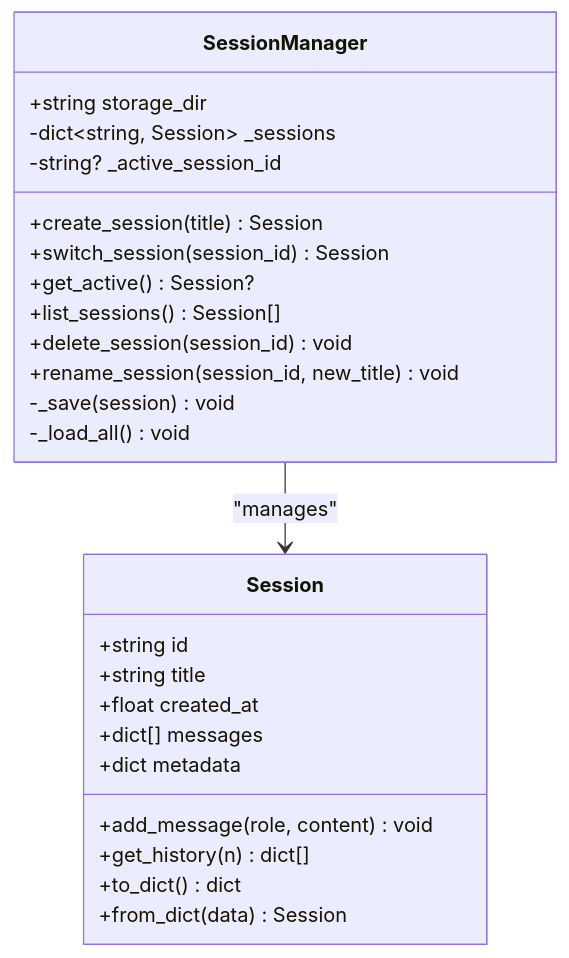
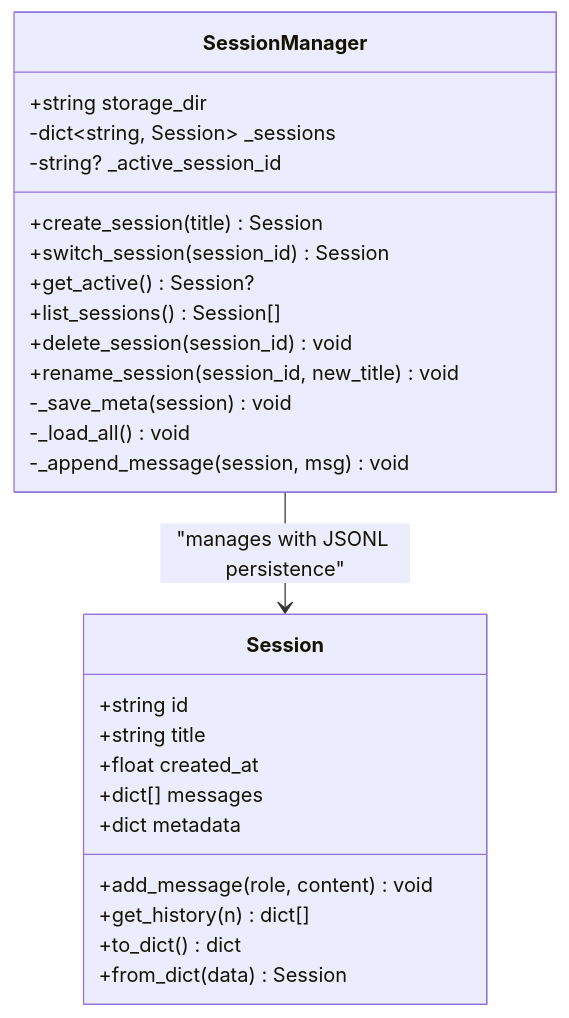
The third of 7 diagrams in .qoder/repowiki/en/content/Advanced Features/Session Management.md (1996Paul-Wen/HarnessAIDemo), drawn with Mermaid before and after one commit. The commit also changed other lines of this file and 4 other files, not shown here.

````diff
--- a/.qoder/repowiki/en/content/Advanced Features/Session Management.md
+++ b/.qoder/repowiki/en/content/Advanced Features/Session Management.md
@@ -148,28 +157,29 @@
 ```mermaid
 classDiagram
 class Session {
 +string id
 +string title
 +float created_at
 +dict[] messages
 +dict metadata
 +add_message(role, content) void
 +get_history(n) dict[]
 +to_dict() dict
 +from_dict(data) Session
 }
 class SessionManager {
 +string storage_dir
 -dict~string, Session~ _sessions
 -string? _active_session_id
 +create_session(title) Session
 +switch_session(session_id) Session
 +get_active() Session?
 +list_sessions() Session[]
 +delete_session(session_id) void
 +rename_session(session_id, new_title) void
--_save(session) void
+-_save_meta(session) void
 -_load_all() void
+-_append_message(session, msg) void
 }
-SessionManager --> Session : "manages"
+SessionManager --> Session : "manages with JSONL persistence"
 ```
````
